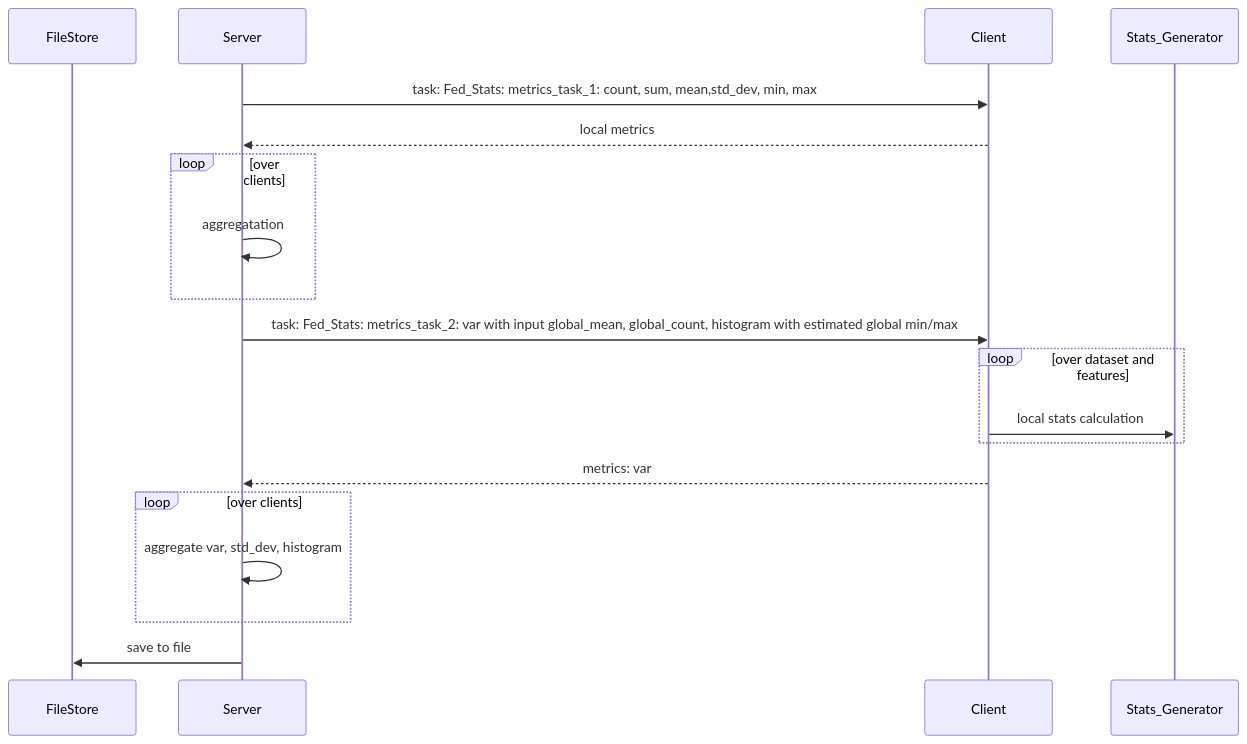
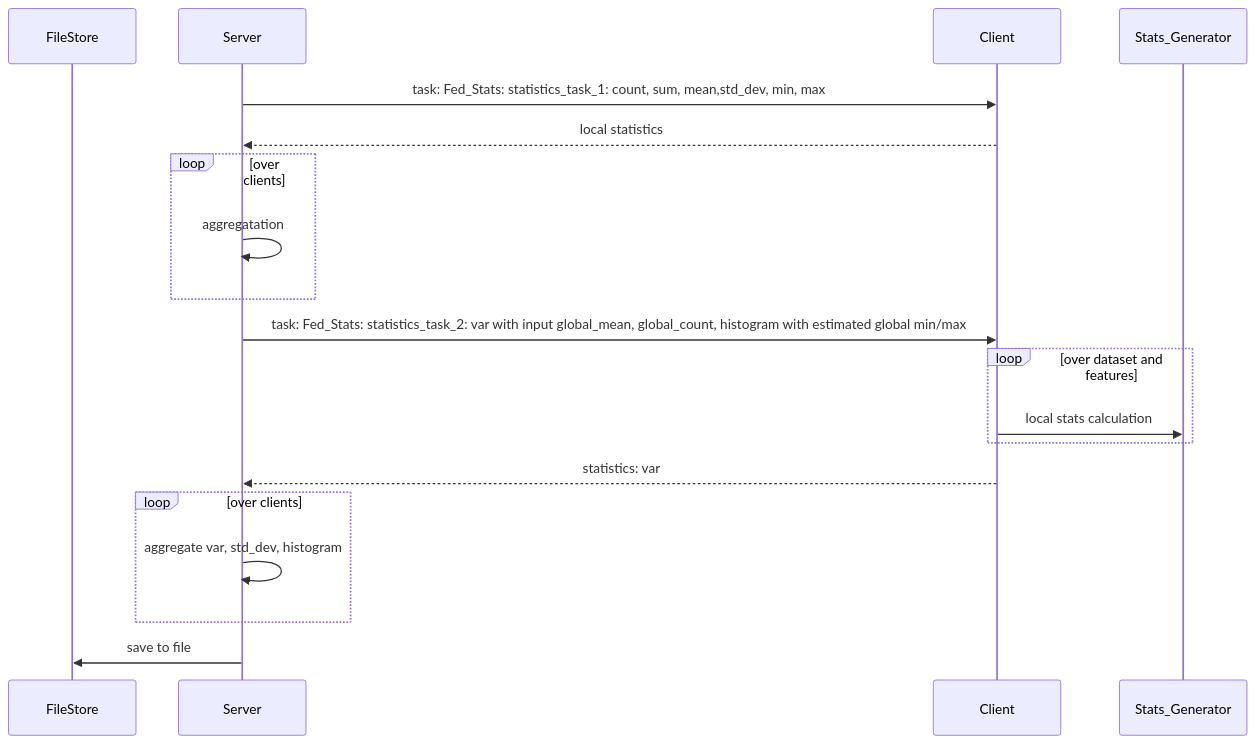
The diagram in nvflare/app_common/executors/statistics/README.md (NVIDIA/NVFlare), drawn with Mermaid before and after one commit. The commit also changed 28 other files, not shown here.

````diff
--- a/nvflare/app_common/executors/statistics/README.md
+++ b/nvflare/app_common/executors/statistics/README.md
@@ -3,22 +3,22 @@
 ```mermaid
  
 sequenceDiagram
     participant FileStore
     participant Server
     participant Client
     participant Stats_Generator
-    Server->>Client: task: Fed_Stats: metrics_task_1: count, sum, mean,std_dev, min, max 
-    Client-->>Server: local metrics
+    Server->>Client: task: Fed_Stats: statistics_task_1: count, sum, mean,std_dev, min, max 
+    Client-->>Server: local statistics
     loop over clients
         Server->>Server: aggregatation
     end
-    Server->>Client:  task: Fed_Stats: metrics_task_2: var with input global_mean, global_count, histogram with estimated global min/max
+    Server->>Client:  task: Fed_Stats: statistics_task_2: var with input global_mean, global_count, histogram with estimated global min/max
     loop over dataset and features
        Client->>Stats_Generator: local stats calculation
     end
-    Client-->>Server: metrics: var
+    Client-->>Server: statistics: var
     loop over clients
         Server->>Server: aggregate var, std_dev, histogram
     end
     Server->>FileStore: save to file
 ```
````
